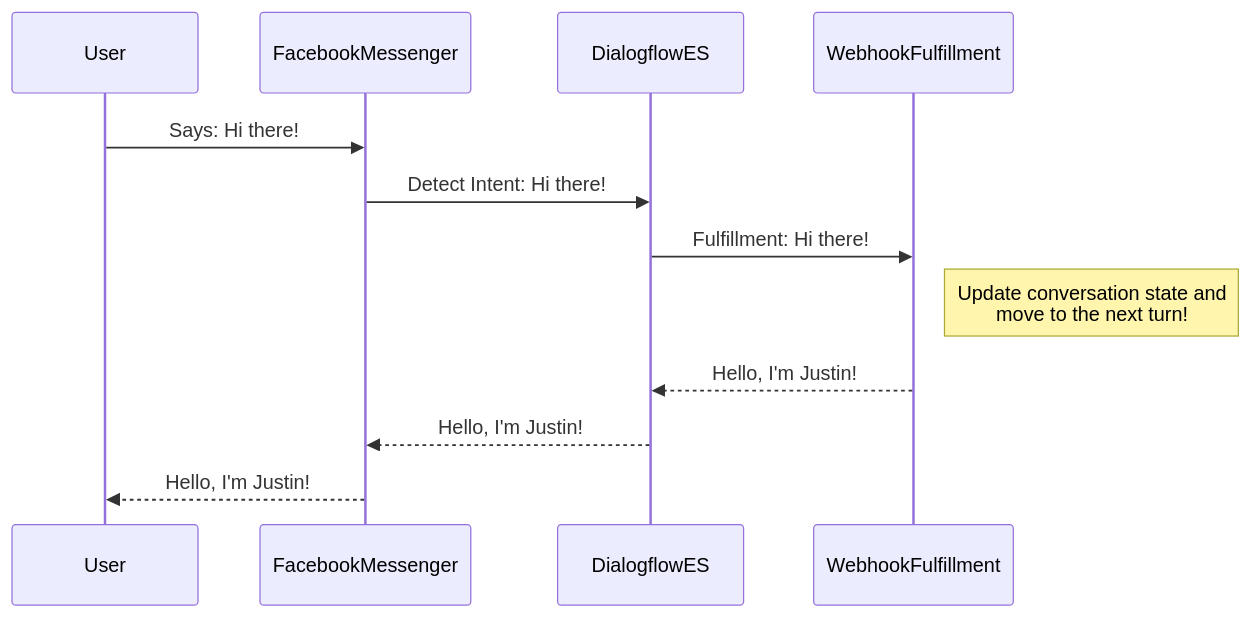
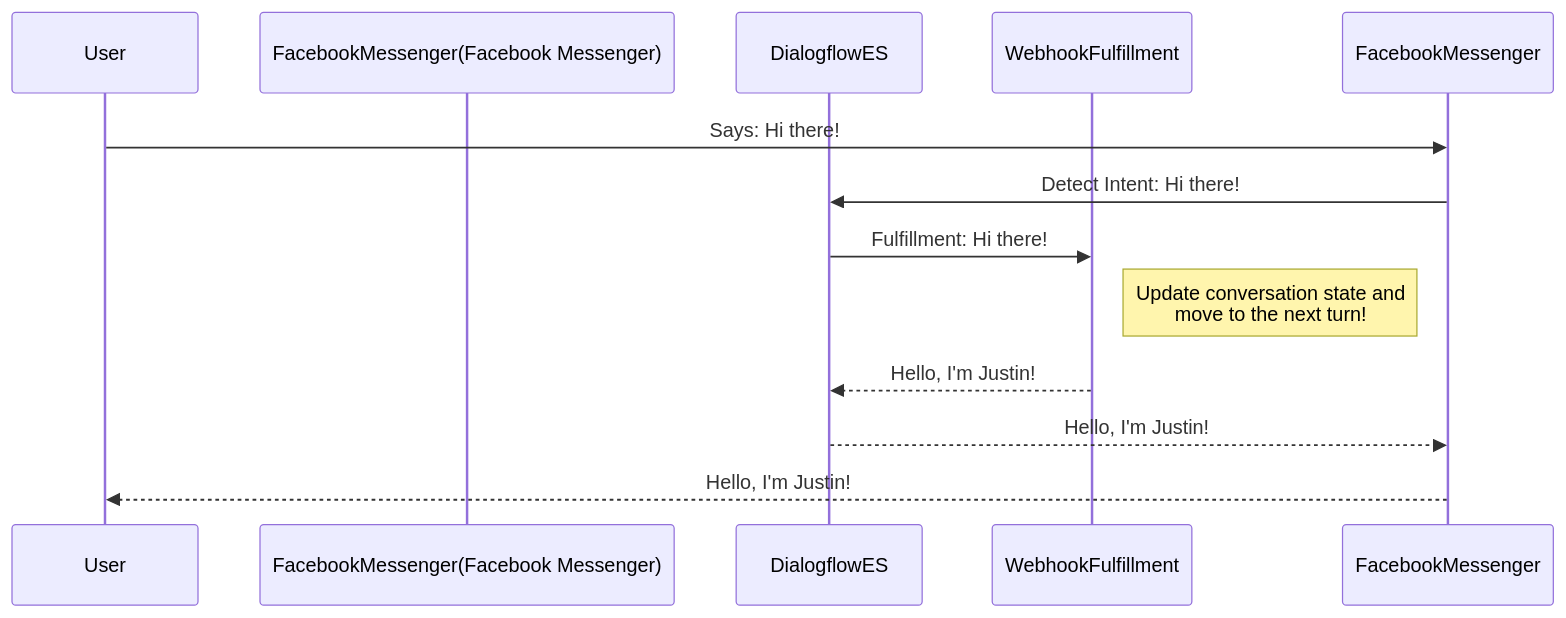
Before and after one commit to jusranda/codingforconvos: the diagram in README.md, drawn with Mermaid.

````diff
--- a/README.md
+++ b/README.md
@@ -4,14 +4,14 @@
 ```mermaid
 sequenceDiagram
     participant User
-    participant FacebookMessenger
+    participant FacebookMessenger(Facebook Messenger)
     participant DialogflowES
     participant WebhookFulfillment
     User->>FacebookMessenger: Says: Hi there!
     FacebookMessenger->>DialogflowES: Detect Intent: Hi there!
     DialogflowES->>WebhookFulfillment: Fulfillment: Hi there!
     Note right of WebhookFulfillment: Update conversation state and<br/>move to the next turn!
     WebhookFulfillment-->>DialogflowES: Hello, I'm Justin!
     DialogflowES-->>FacebookMessenger: Hello, I'm Justin!
     FacebookMessenger-->>User: Hello, I'm Justin!
 ```
````
